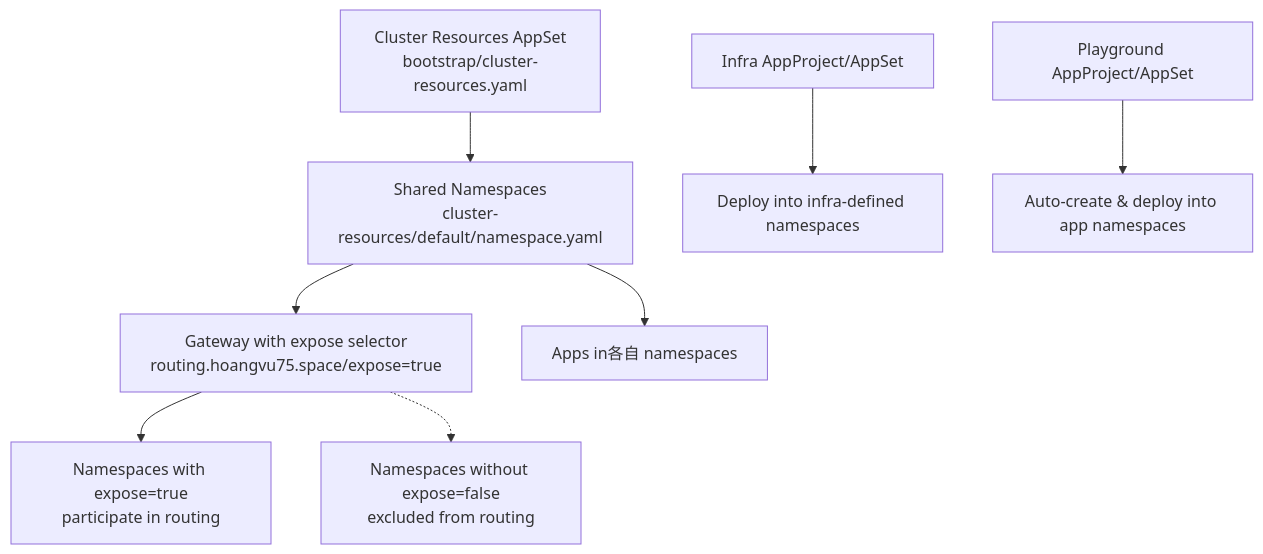
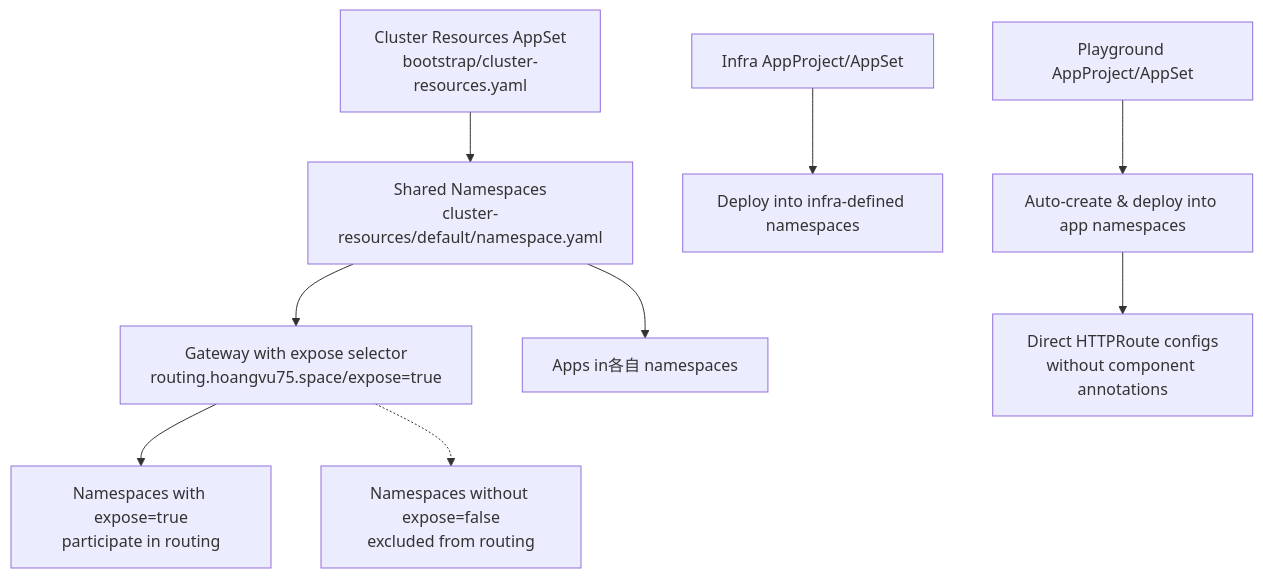
One commit to Hoangvu75/k8s_manifest changed the sixth of 9 diagrams in .qoder/repowiki/en/content/Application Configuration/Namespace Management and Isolation.md. Above: the diagram before and after it, drawn with Mermaid. The commit also changed other lines of this file and 15 other files, not shown here.

````diff
--- a/.qoder/repowiki/en/content/Application Configuration/Namespace Management and Isolation.md
+++ b/.qoder/repowiki/en/content/Application Configuration/Namespace Management and Isolation.md
@@ -247,10 +249,11 @@
 ```mermaid
 graph TB
 CR["Cluster Resources AppSet<br/>bootstrap/cluster-resources.yaml"] --> NS["Shared Namespaces<br/>cluster-resources/default/namespace.yaml"]
 NS --> GW["Gateway with expose selector<br/>routing.hoangvu75.space/expose=true"]
 NS --> Apps["Apps in各自 namespaces"]
 AppsInfra["Infra AppProject/AppSet"] --> AppsInfraNS["Deploy into infra-defined namespaces"]
 AppsPlay["Playground AppProject/AppSet"] --> AppsPlayNS["Auto-create & deploy into app namespaces"]
 GW --> ExposedNS["Namespaces with expose=true<br/>participate in routing"]
 GW -.-> NonExposedNS["Namespaces without expose=false<br/>excluded from routing"]
+AppsPlayNS --> DirectRoutes["Direct HTTPRoute configs<br/>without component annotations"]
 ```
````
